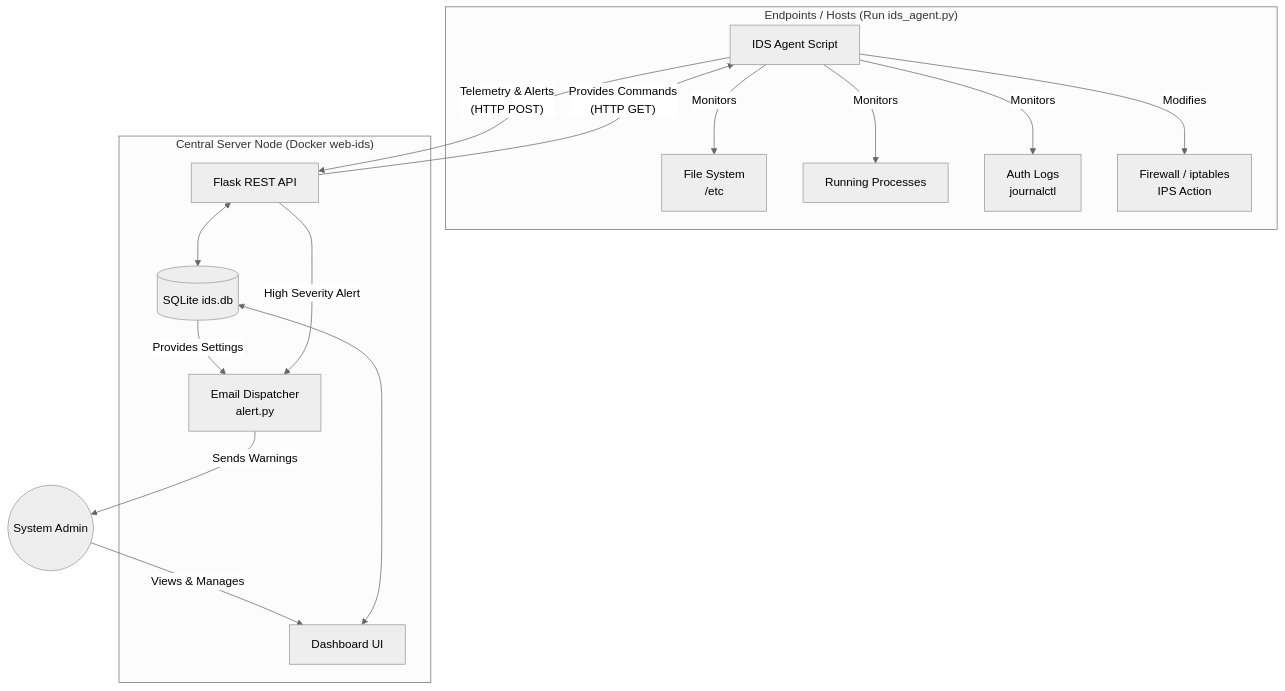
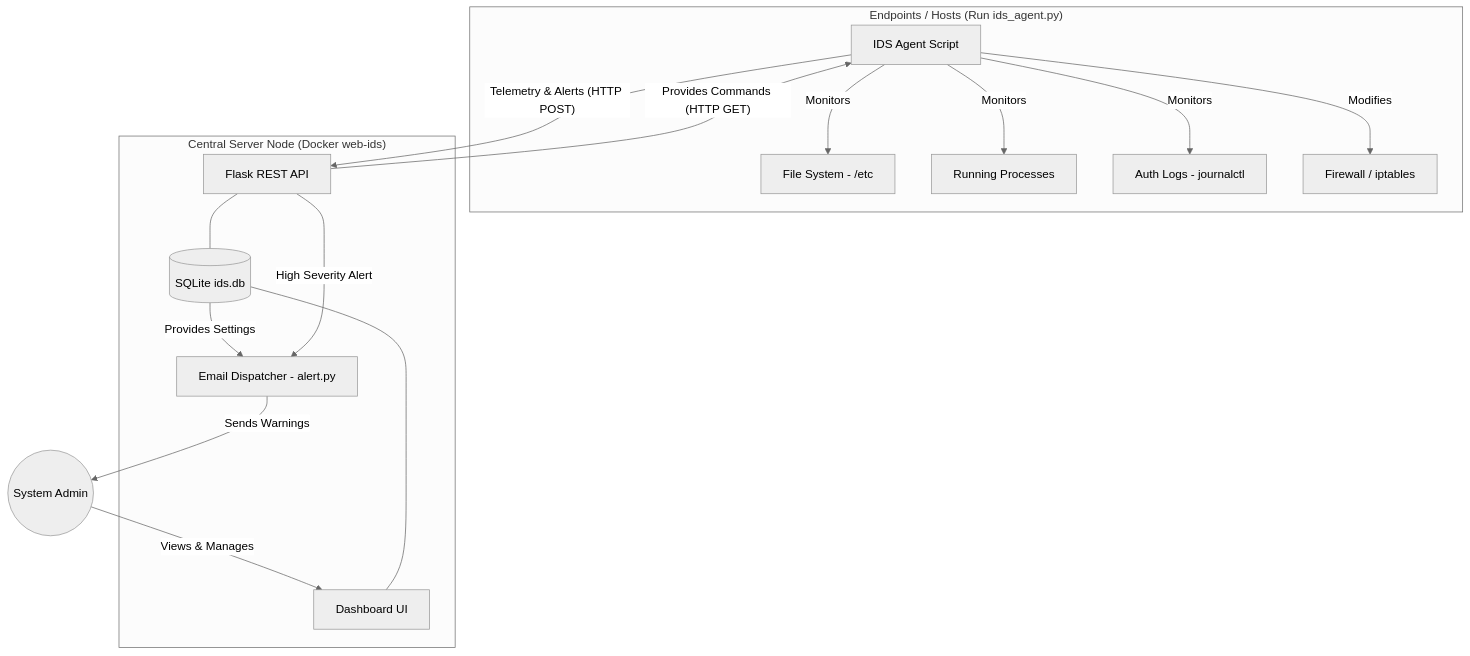
Before and after one commit to Manikandan23005/Intrusion-Detection-And-Prevention-System: the diagram in README.md, drawn with Mermaid (neutral theme).

Commit message:
Readme Edit

````diff
--- a/README.md
+++ b/README.md
@@ -52,31 +52,31 @@
 ```mermaid
 graph TD
     subgraph "Endpoints / Hosts (Run ids_agent.py)"
         Agent[IDS Agent Script]
-        Agent -- Monitors --> Files[File System \n /etc]
+        Agent -- Monitors --> Files[File System - /etc]
         Agent -- Monitors --> Procs[Running Processes]
-        Agent -- Monitors --> Auth[Auth Logs \n journalctl]
-        Agent -- Modifies --> IPS[Firewall / iptables \n IPS Action]
+        Agent -- Monitors --> Auth[Auth Logs - journalctl]
+        Agent -- Modifies --> IPS[Firewall / iptables]
     end
 
     subgraph "Central Server Node (Docker web-ids)"
         API[Flask REST API]
         DB[(SQLite ids.db)]
         WebUI[Dashboard UI]
-        Alerts[Email Dispatcher \n alert.py]
+        Alerts[Email Dispatcher - alert.py]
     end
     
     Admin((System Admin))
 
-    Agent -- "Telemetry & Alerts \n (HTTP POST)" --> API
-    API -- "Provides Commands \n (HTTP GET)" --> Agent
+    Agent -- "Telemetry & Alerts (HTTP POST)" --> API
+    API -- "Provides Commands (HTTP GET)" --> Agent
     
-    API <--> DB
-    WebUI <--> DB
+    API --- DB
+    WebUI --- DB
     DB -- "Provides Settings" --> Alerts
     
     API -- "High Severity Alert" --> Alerts
     
     Admin -- "Views & Manages" --> WebUI
     Alerts -- "Sends Warnings" --> Admin
 ```
````
